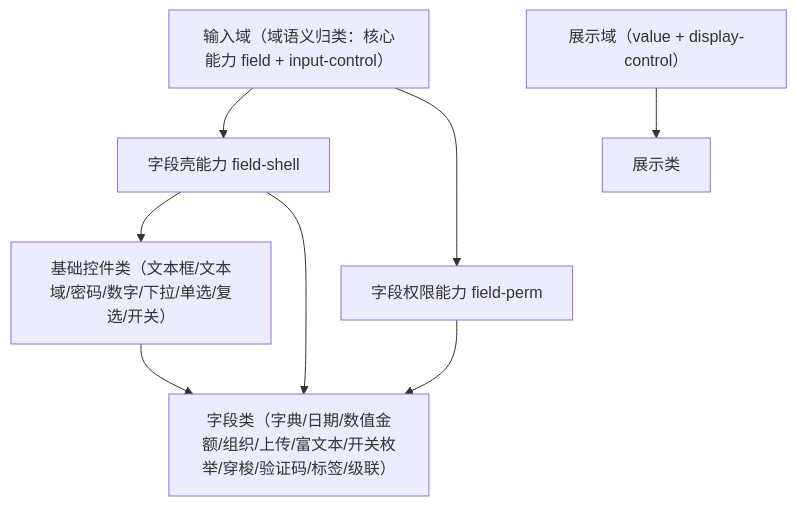
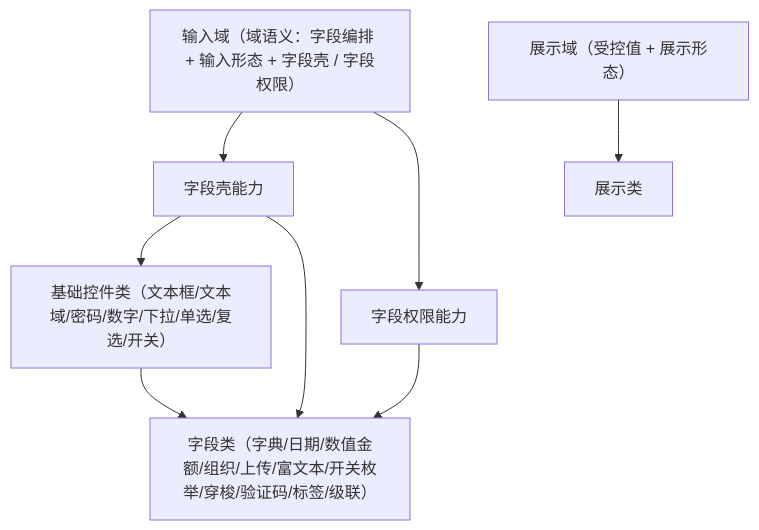
One commit to minjian123/basic-management-system changed the diagram in bms文档/设计/组件设计/02_基础组件类/03_域基类/01_组件设计_输入域基类/01_组件设计_输入域基类.md. Above: the diagram before and after it, drawn with Mermaid. The commit also changed other lines of this file and 9 other files, not shown here.

````diff
--- a/bms文档/设计/组件设计/02_基础组件类/03_域基类/01_组件设计_输入域基类/01_组件设计_输入域基类.md
+++ b/bms文档/设计/组件设计/02_基础组件类/03_域基类/01_组件设计_输入域基类/01_组件设计_输入域基类.md
@@ -15,10 +16,10 @@
 ```mermaid
 flowchart TD
-    B["输入域（域语义归类：核心能力 field + input-control）"] --> W["字段壳能力 field-shell"]
-    B --> P["字段权限能力 field-perm"]
+    B["输入域（域语义：字段编排 + 输入形态 + 字段壳 / 字段权限）"] --> W["字段壳能力"]
+    B --> P["字段权限能力"]
     W --> C["基础控件类（文本框/文本域/密码/数字/下拉/单选/复选/开关）"]
     C --> F["字段类（字典/日期/数值金额/组织/上传/富文本/开关枚举/穿梭/验证码/标签/级联）"]
     P --> F
     W --> F
-    D["展示域（value + display-control）"] --> G["展示类"]
+    D["展示域（受控值 + 展示形态）"] --> G["展示类"]
 ```
````
